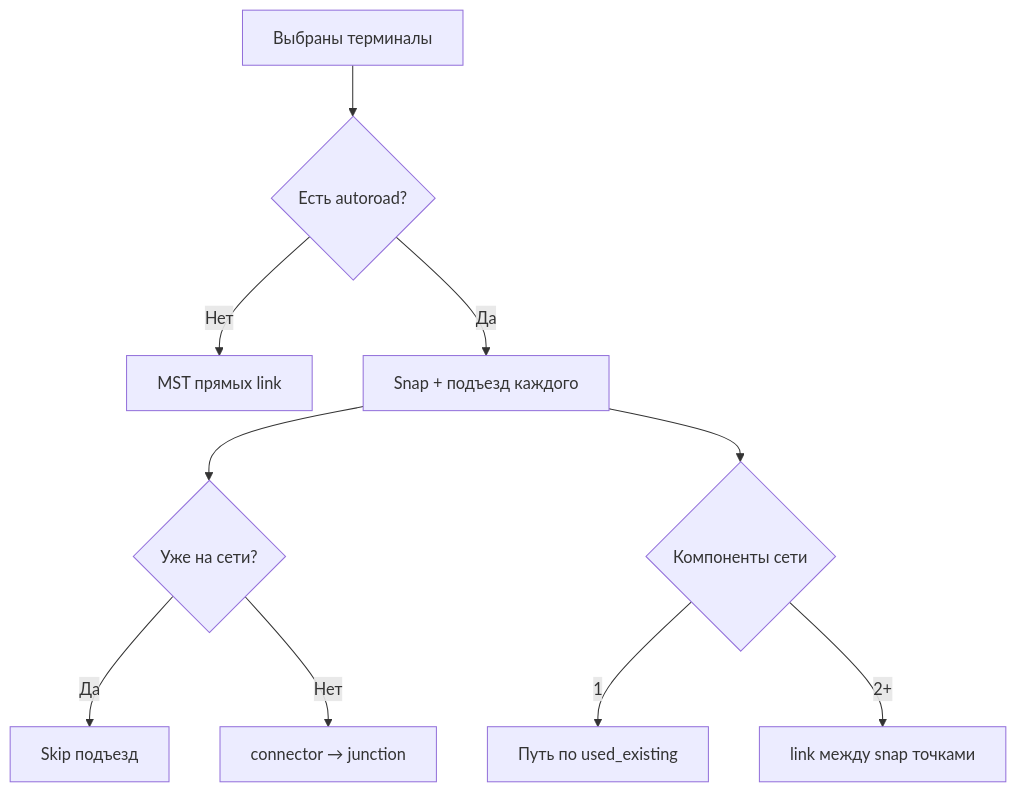
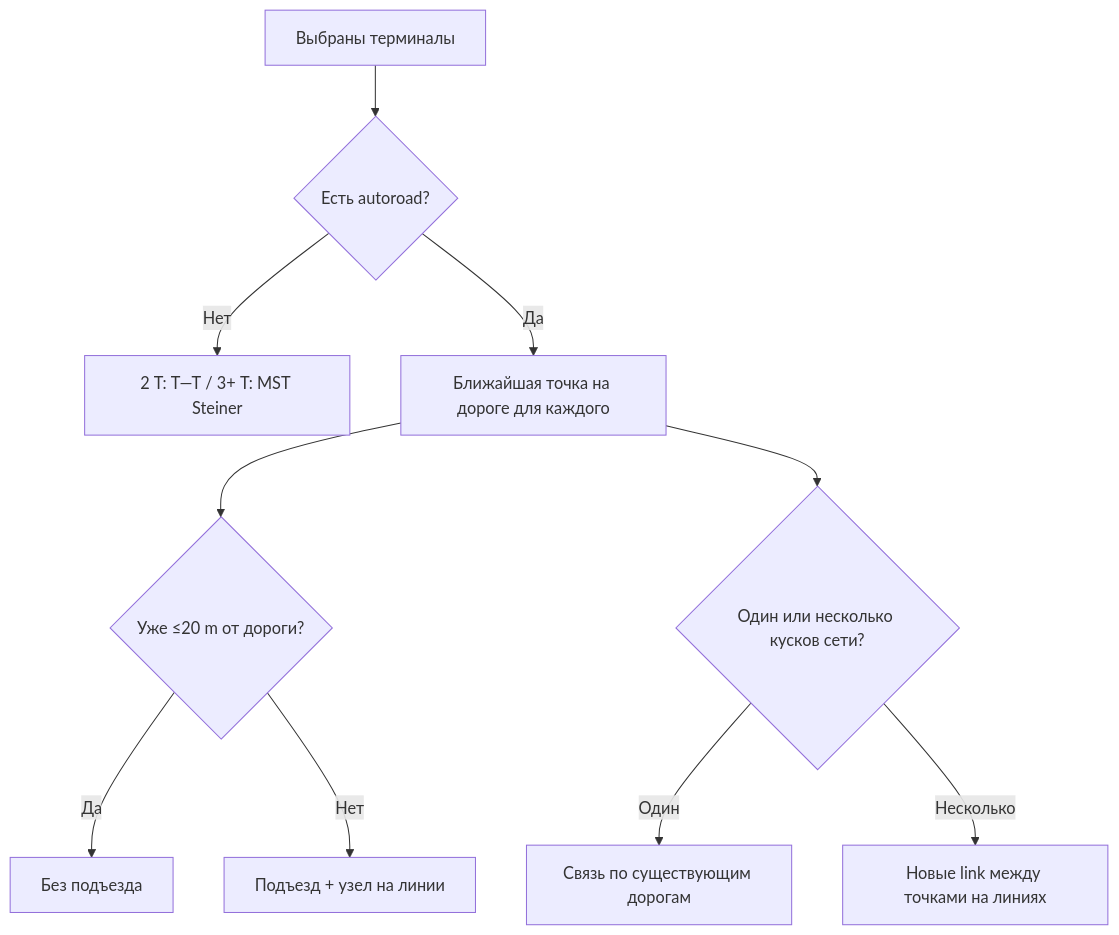
The second of 2 diagrams in docs/autoroad-network-plan.md (Mekcuka/Scaning), drawn with Mermaid before and after one commit. The commit also changed other lines of this file and 19 other files, not shown here.

First line of the commit message:
Autoroad network: MST+Steiner geometry, T-junction repair, map preview.

````diff
--- a/docs/autoroad-network-plan.md
+++ b/docs/autoroad-network-plan.md
@@ -152,12 +400,12 @@
 ```mermaid
 flowchart TD
   A[Выбраны терминалы] --> B{Есть autoroad?}
-  B -->|Нет| C[MST прямых link]
-  B -->|Да| D[Snap + подъезд каждого]
-  D --> E{Уже на сети?}
-  E -->|Да| F[Skip подъезд]
-  E -->|Нет| G[connector → junction]
-  D --> H{Компоненты сети}
-  H -->|1| I[Путь по used_existing]
-  H -->|2+| J[link между snap точками]
+  B -->|Нет| C[2 Т: Т—Т / 3+ Т: MST Steiner]
+  B -->|Да| D[Ближайшая точка на дороге для каждого]
+  D --> E{Уже ≤20 m от дороги?}
+  E -->|Да| F[Без подъезда]
+  E -->|Нет| G[Подъезд + узел на линии]
+  D --> H{Один или несколько кусков сети?}
+  H -->|Один| I[Связь по существующим дорогам]
+  H -->|Несколько| J[Новые link между точками на линиях]
 ```
````
